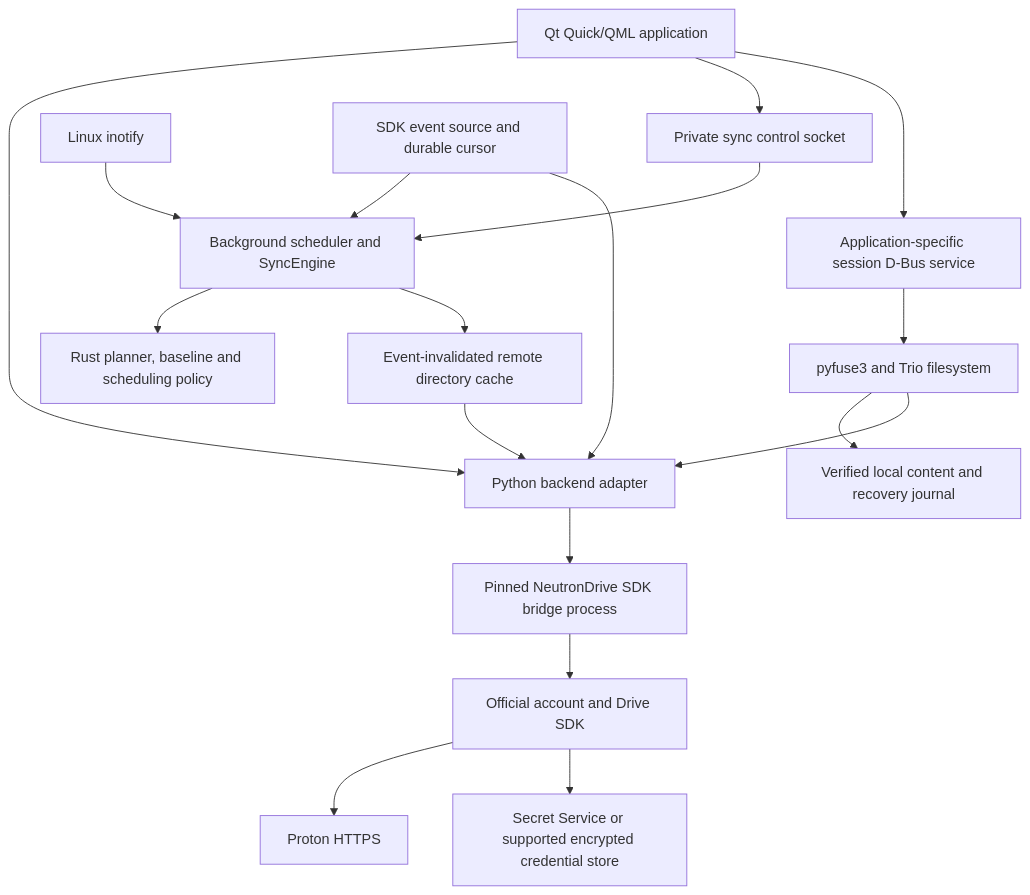
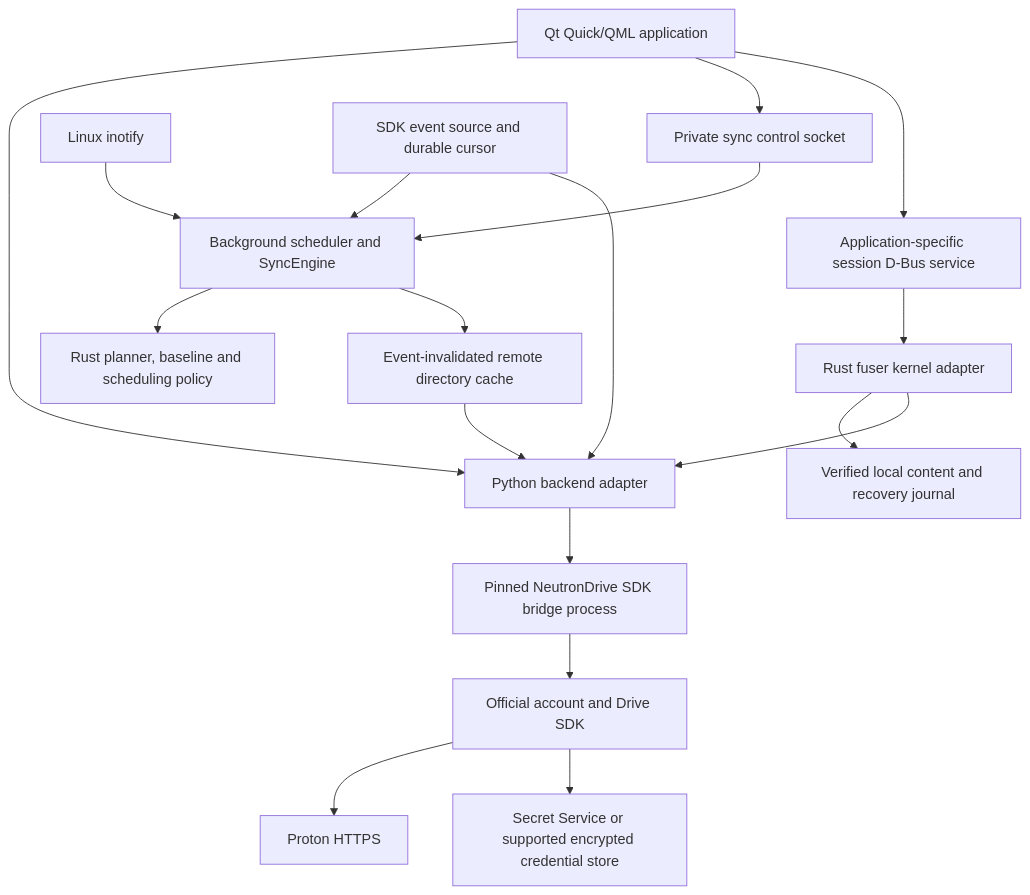
Before and after one commit to SigmaCodez/NeutronDrive: the diagram in docs/ARCHITECTURE.md, drawn with Mermaid. The commit also changed other lines of this file and 11721 other files, not shown here.

````diff
--- a/docs/ARCHITECTURE.md
+++ b/docs/ARCHITECTURE.md
@@ -3,20 +3,20 @@
 ```mermaid
 flowchart TD
     GTK[Qt Quick/QML application] --> Backend[Python backend adapter]
     GTK --> IPC[Private sync control socket]
     IPC --> Sync[Background scheduler and SyncEngine]
     Sync --> Rust[Rust planner, baseline and scheduling policy]
     Inotify[Linux inotify] --> Sync
     Events[SDK event source and durable cursor] --> Sync
     Sync --> Cache[Event-invalidated remote directory cache]
     Cache --> Backend
     GTK --> DBus[Application-specific session D-Bus service]
-    DBus --> FUSE[pyfuse3 and Trio filesystem]
+    DBus --> FUSE[Rust fuser kernel adapter]
     FUSE --> Content[Verified local content and recovery journal]
     FUSE --> Backend
     Events --> Backend
     Backend --> CLI[Pinned NeutronDrive SDK bridge process]
     CLI --> SDK[Official account and Drive SDK]
     SDK --> Proton[Proton HTTPS]
     SDK --> Keyring[Secret Service or supported encrypted credential store]
 ```
````
